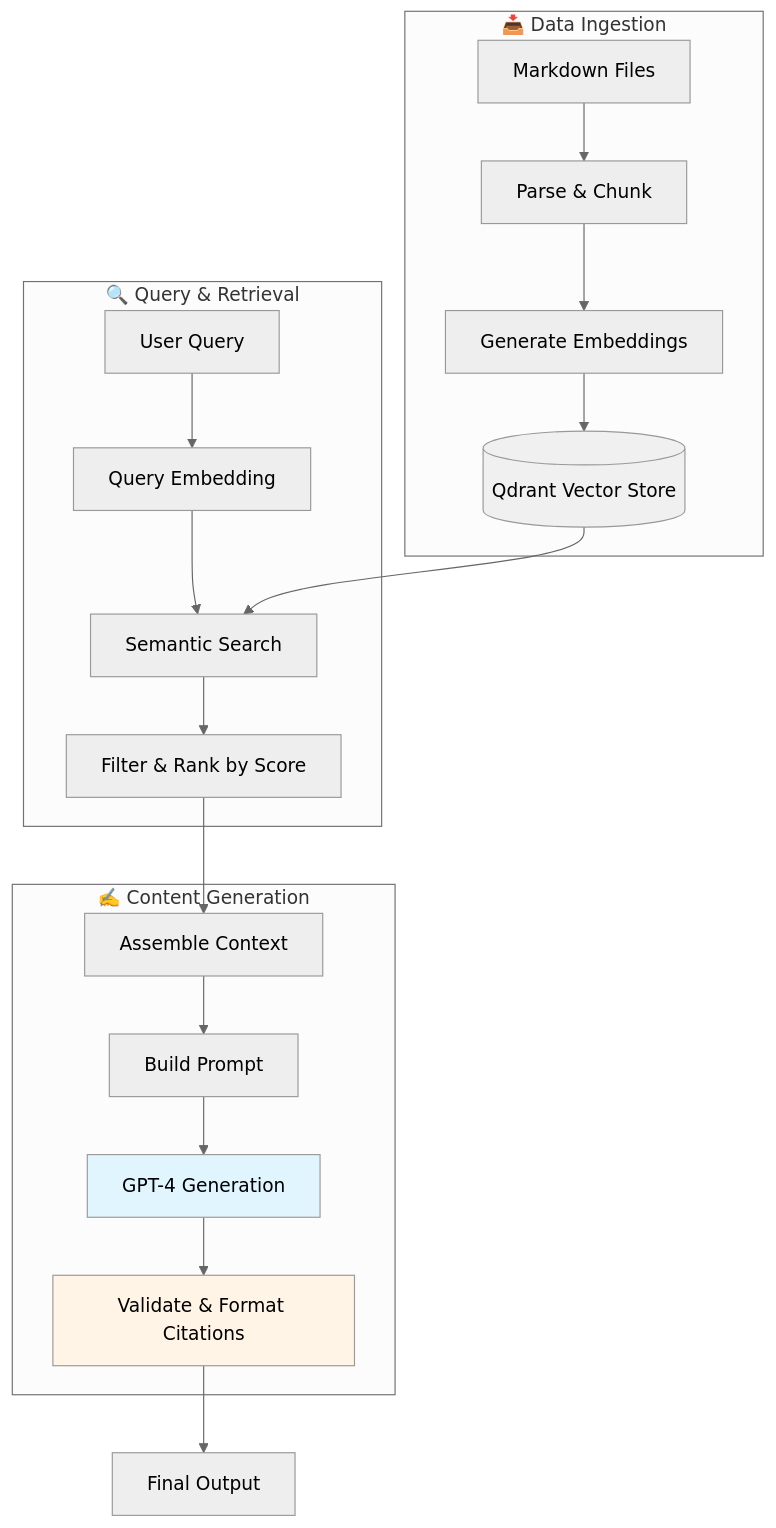
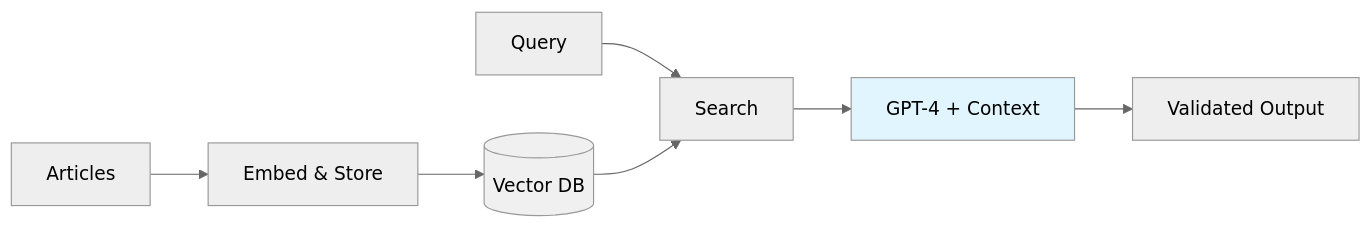
Before and after one commit to anandbhaskaran/ai-knowledge-assistant: the third of 4 diagrams in SOLUTION.md, drawn with Mermaid (neutral theme).

````diff
--- a/SOLUTION.md
+++ b/SOLUTION.md
@@ -139,28 +139,12 @@
 ```mermaid
-graph TD
-    subgraph Ingestion["📥 Data Ingestion"]
-        A[Markdown Files] --> B[Parse & Chunk]
-        B --> C[Generate Embeddings]
-        C --> D[(Qdrant Vector Store)]
-    end
+graph LR
+    A[Articles] --> B[Embed & Store]
+    B --> C[(Vector DB)]
+    D[Query] --> E[Search]
+    C --> E
+    E --> F[GPT-4 + Context]
+    F --> G[Validated Output]
 
-    subgraph Retrieval["🔍 Query & Retrieval"]
-        E[User Query] --> F[Query Embedding]
-        F --> G[Semantic Search]
-        D --> G
-        G --> H[Filter & Rank by Score]
-    end
-
-    subgraph Generation["✍️ Content Generation"]
-        H --> I[Assemble Context]
-        I --> J[Build Prompt]
-        J --> K[GPT-4 Generation]
-        K --> L[Validate & Format Citations]
-    end
-
-    L --> M[Final Output]
-
-    style D fill:#f0f0f0
-    style K fill:#e1f5ff
-    style L fill:#fff4e6
+    style C fill:#f0f0f0
+    style F fill:#e1f5ff
 ```
````
